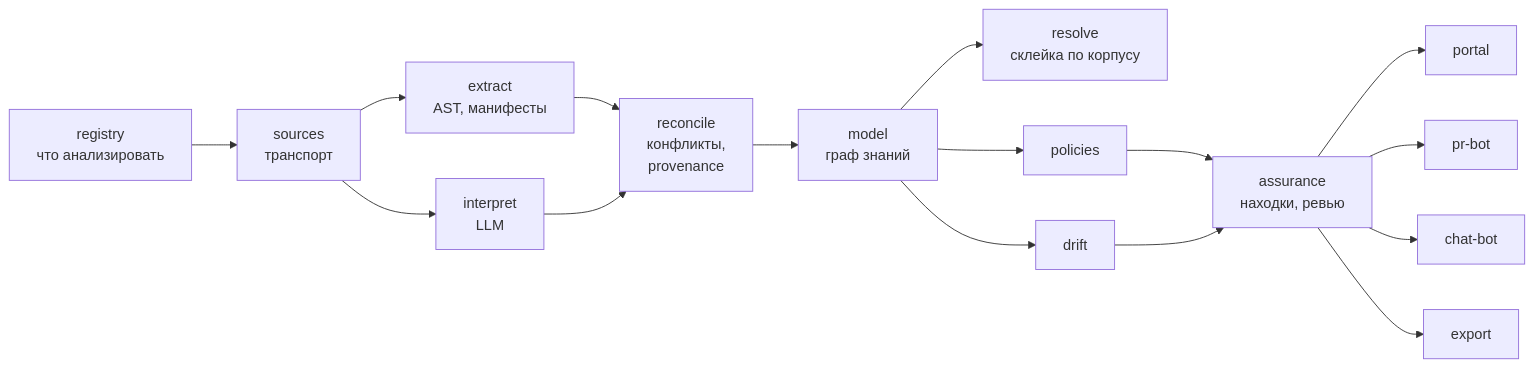
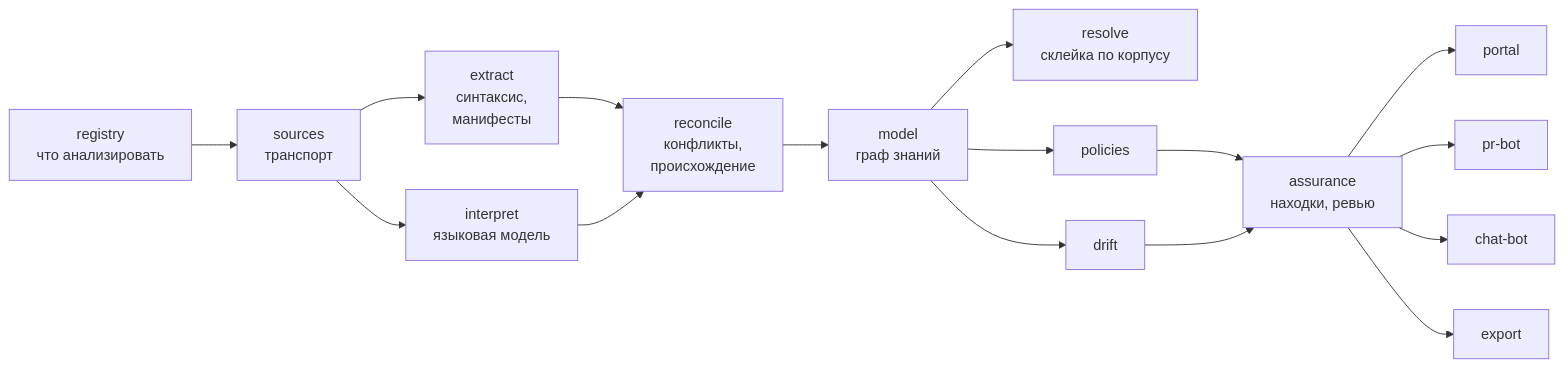
The diagram in docs/architecture/modules/README.md (teamv39/archon), drawn with Mermaid before and after one commit. The commit also changed other lines of this file and 16 other files, not shown here.

Commit message:
Docs: Refactor architecture documentation for clarity and consistency

````diff
--- a/docs/architecture/modules/README.md
+++ b/docs/architecture/modules/README.md
@@ -48,33 +48,33 @@
 ```mermaid
 flowchart LR
     registry["registry<br/>что анализировать"]
     sources["sources<br/>транспорт"]
-    extract["extract<br/>AST, манифесты"]
-    interpret["interpret<br/>LLM"]
-    reconcile["reconcile<br/>конфликты,<br/>provenance"]
+    extract["extract<br/>синтаксис,<br/>манифесты"]
+    interpret["interpret<br/>языковая модель"]
+    reconcile["reconcile<br/>конфликты,<br/>происхождение"]
     model["model<br/>граф знаний"]
     resolve["resolve<br/>склейка по корпусу"]
     policies["policies"]
     drift["drift"]
     assurance["assurance<br/>находки, ревью"]
     portal["portal"]
     prbot["pr-bot"]
     chatbot["chat-bot"]
     export["export"]
 
     registry --> sources
     sources --> extract
     sources --> interpret
     extract --> reconcile
     interpret --> reconcile
     reconcile --> model
     model --> resolve
     model --> policies
     model --> drift
     policies --> assurance
     drift --> assurance
     assurance --> portal
     assurance --> prbot
     assurance --> chatbot
     assurance --> export
 ```
````
